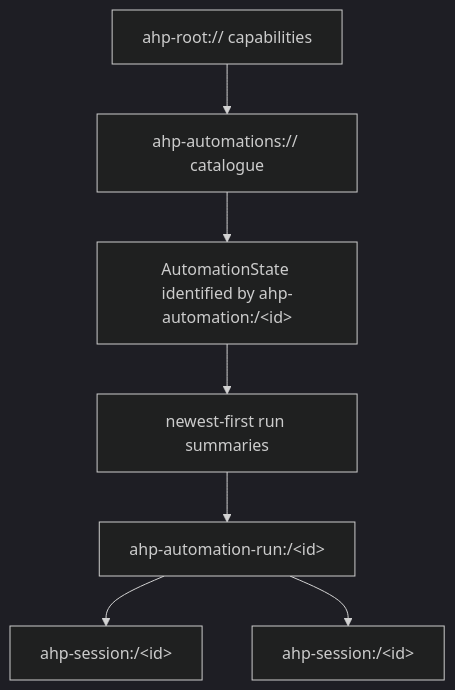
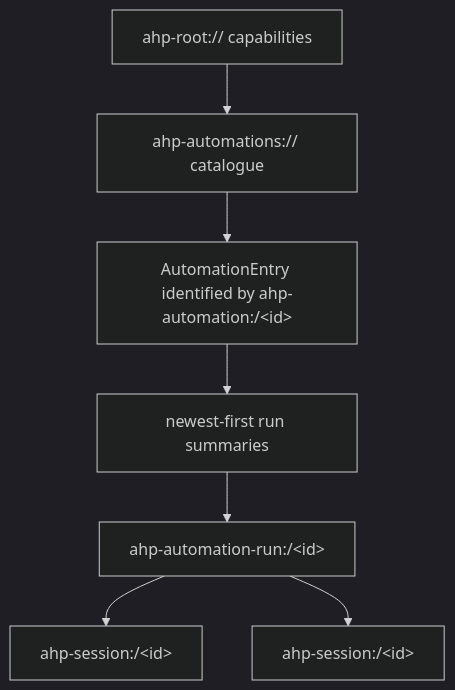
One commit to joshmouch/agent-host-protocol changed the first of 2 diagrams in docs/guide/automations.md. Above: the diagram before and after it, drawn with Mermaid (dark theme). The commit also changed other lines of this file and 99 other files, not shown here.

````diff
--- a/docs/guide/automations.md
+++ b/docs/guide/automations.md
@@ -55,9 +55,9 @@
 ```mermaid
 flowchart TD
   R["ahp-root:// capabilities"] --> C["ahp-automations:// catalogue"]
-  C --> A["AutomationState identified by ahp-automation:/&lt;id&gt;"]
+  C --> A["AutomationEntry identified by ahp-automation:/&lt;id&gt;"]
   A --> RS["newest-first run summaries"]
   RS --> AR["ahp-automation-run:/&lt;id&gt;"]
   AR --> S1["ahp-session:/&lt;id&gt;"]
   AR --> S2["ahp-session:/&lt;id&gt;"]
 ```
````
